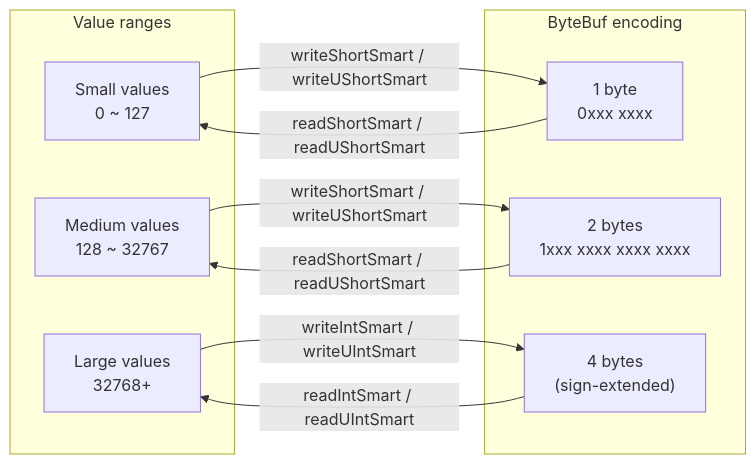
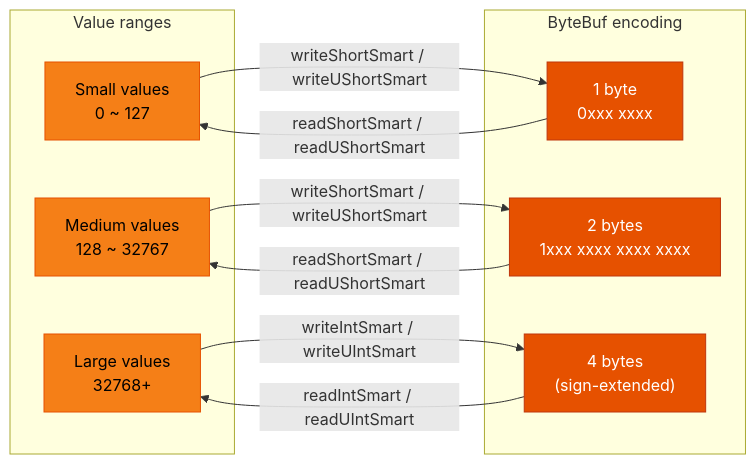
Before and after one commit to bluetape4k/bluetape4k-projects: the second of 3 diagrams in io/netty/README.md, drawn with Mermaid. The commit also changed other lines of this file and 221 other files, not shown here.

First line of the commit message:
docs: 전체 모듈 README UML 다이어그램 보강 및 색상 업그레이드

````diff
--- a/io/netty/README.md
+++ b/io/netty/README.md
@@ -237,22 +241,28 @@
 ```mermaid
 flowchart LR
     subgraph Value ranges
         V1["Small values<br/>0 ~ 127"]
         V2["Medium values<br/>128 ~ 32767"]
         V3["Large values<br/>32768+"]
     end
 
     subgraph ByteBuf encoding
         B1["1 byte<br/>0xxx xxxx"]
         B2["2 bytes<br/>1xxx xxxx xxxx xxxx"]
         B3["4 bytes<br/>(sign-extended)"]
     end
 
     V1 -->|writeShortSmart / writeUShortSmart| B1
     V2 -->|writeShortSmart / writeUShortSmart| B2
     V3 -->|writeIntSmart / writeUIntSmart| B3
 
     B1 -->|readShortSmart / readUShortSmart| V1
     B2 -->|readShortSmart / readUShortSmart| V2
     B3 -->|readIntSmart / readUIntSmart| V3
+
+    classDef dataStyle fill:#F57F17,stroke:#E65100,color:#000000
+    classDef utilStyle fill:#E65100,stroke:#BF360C,color:#FFFFFF
+
+    class V1,V2,V3 dataStyle
+    class B1,B2,B3 utilStyle
 ```
````
